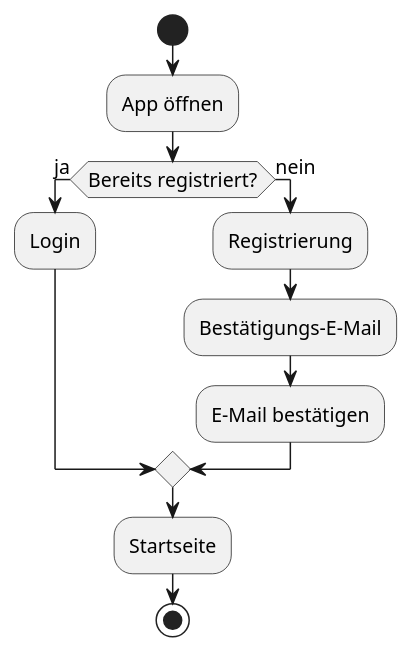
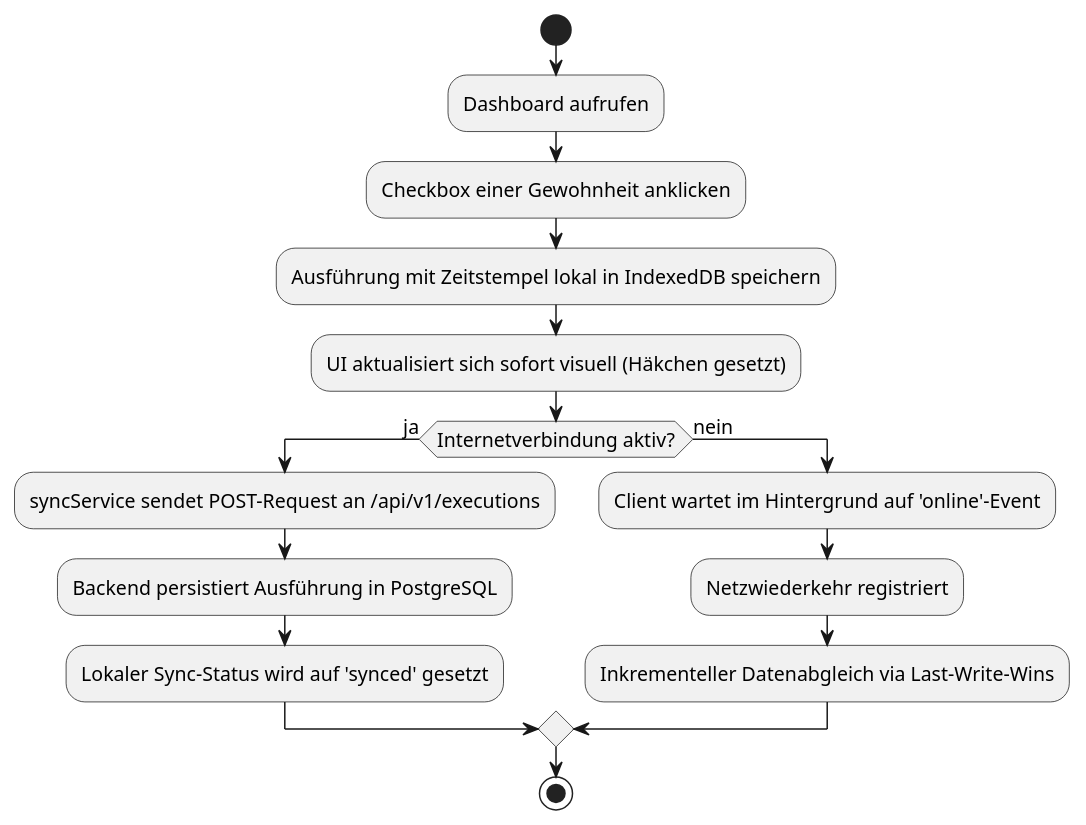
The first of 2 diagrams in docs/product/ux_concept.adoc (stttxxnn/se1-habittracker), drawn with PlantUML before and after one commit. The commit also changed other lines of this file and 4 other files, not shown here.

Commit message:
docs: aktualisieren und korrigieren vom  product concept and technical architecture for walking skeleton

```diff
--- a/docs/product/ux_concept.adoc
+++ b/docs/product/ux_concept.adoc
@@ -201,20 +199,24 @@
-[plantuml, onboarding-flow, svg]
+[plantuml, sync-flow, svg]
 ....
 @startuml
 skinparam monochrome true
 skinparam defaultFontSize 13
 
 start
-:App öffnen;
-if (Bereits registriert?) then (ja)
-  :Login;
+:Dashboard aufrufen;
+:Checkbox einer Gewohnheit anklicken;
+:Ausführung mit Zeitstempel lokal in IndexedDB speichern;
+:UI aktualisiert sich sofort visuell (Häkchen gesetzt);
+
+if (Internetverbindung aktiv?) then (ja)
+  :syncService sendet POST-Request an /api/v1/executions;
+  :Backend persistiert Ausführung in PostgreSQL;
+  :Lokaler Sync-Status wird auf 'synced' gesetzt;
 else (nein)
-  :Registrierung;
-  :Bestätigungs-E-Mail;
-  :E-Mail bestätigen;
+  :Client wartet im Hintergrund auf 'online'-Event;
+  :Netzwiederkehr registriert;
+  :Inkrementeller Datenabgleich via Last-Write-Wins;
 endif
-:Startseite;
 stop
-
 @enduml
 ....
```
